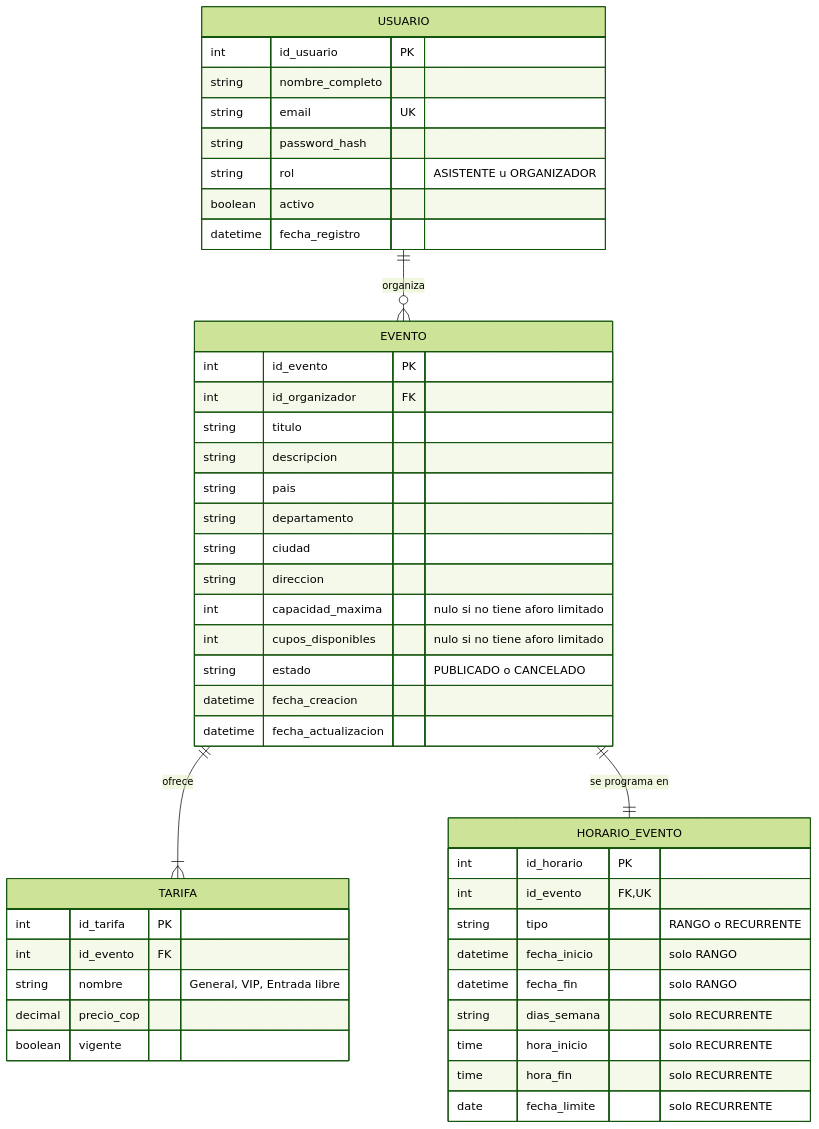
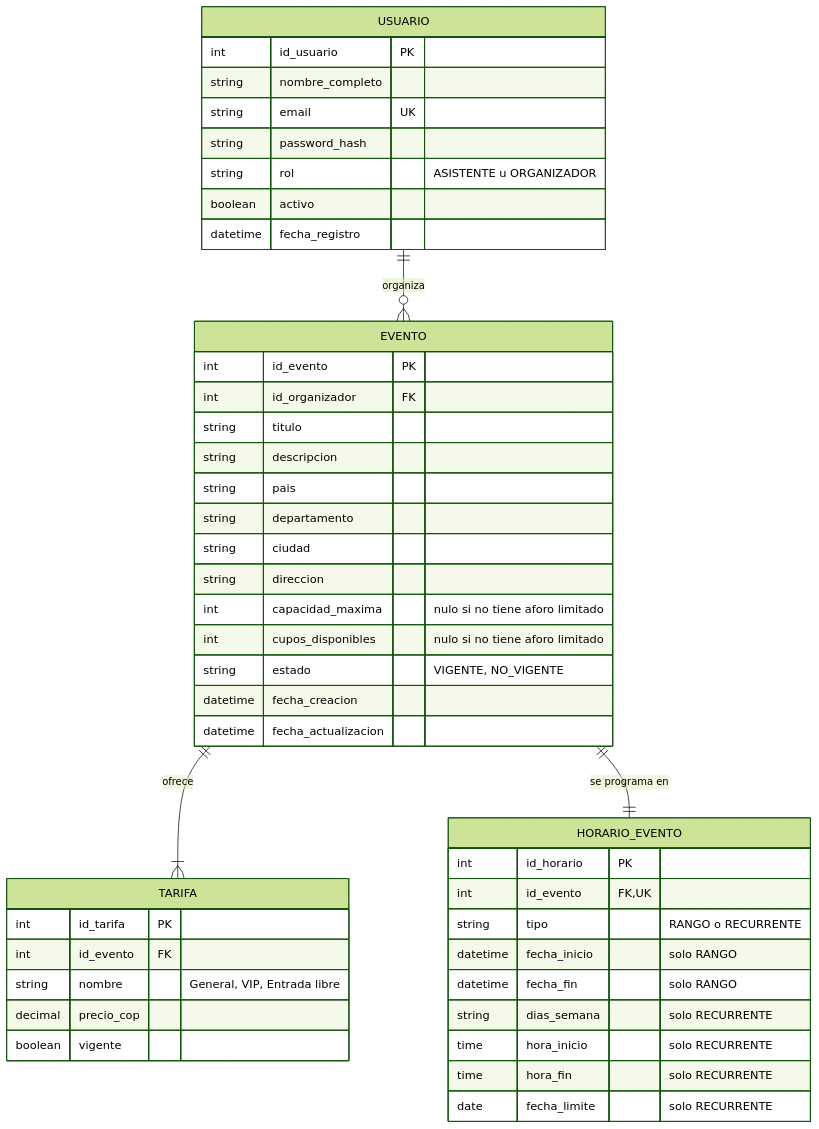
Before and after one commit to ProyectPlanning/Sistema_de_eventos: the third of 3 diagrams in Docs/Design/02_Interaction_and_Data_Design - Version 1.md, drawn with Mermaid (forest theme). The commit also changed other lines of this file, not shown here.

````diff
--- a/Docs/Design/02_Interaction_and_Data_Design - Version 1.md
+++ b/Docs/Design/02_Interaction_and_Data_Design - Version 1.md
@@ -186,49 +186,49 @@
 ```mermaid
 erDiagram
     USUARIO ||--o{ EVENTO : "organiza"
     EVENTO ||--|{ TARIFA : "ofrece"
     EVENTO ||--|| HORARIO_EVENTO : "se programa en"
 
     USUARIO {
         int id_usuario PK
         string nombre_completo
         string email UK
         string password_hash
         string rol "ASISTENTE u ORGANIZADOR"
         boolean activo
         datetime fecha_registro
     }
     EVENTO {
         int id_evento PK
         int id_organizador FK
         string titulo
         string descripcion
         string pais
         string departamento
         string ciudad
         string direccion
         int capacidad_maxima "nulo si no tiene aforo limitado"
         int cupos_disponibles "nulo si no tiene aforo limitado"
-        string estado "PUBLICADO o CANCELADO"
+        string estado "VIGENTE, NO_VIGENTE"
         datetime fecha_creacion
         datetime fecha_actualizacion
     }
     TARIFA {
         int id_tarifa PK
         int id_evento FK
         string nombre "General, VIP, Entrada libre"
         decimal precio_cop
         boolean vigente
     }
     HORARIO_EVENTO {
         int id_horario PK
         int id_evento FK, UK
         string tipo "RANGO o RECURRENTE"
         datetime fecha_inicio "solo RANGO"
         datetime fecha_fin "solo RANGO"
         string dias_semana "solo RECURRENTE"
         time hora_inicio "solo RECURRENTE"
         time hora_fin "solo RECURRENTE"
         date fecha_limite "solo RECURRENTE"
     }
 ```
````
